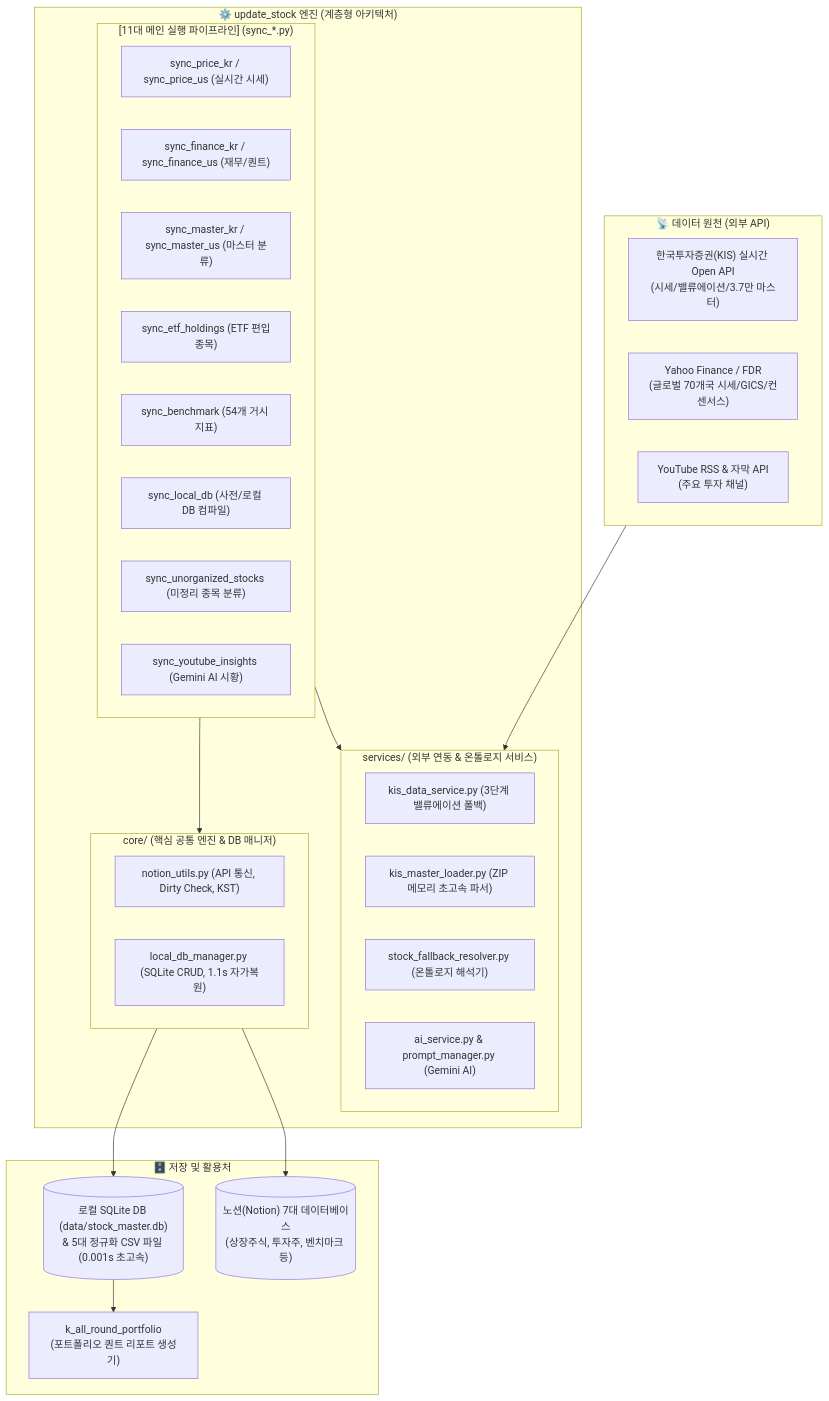
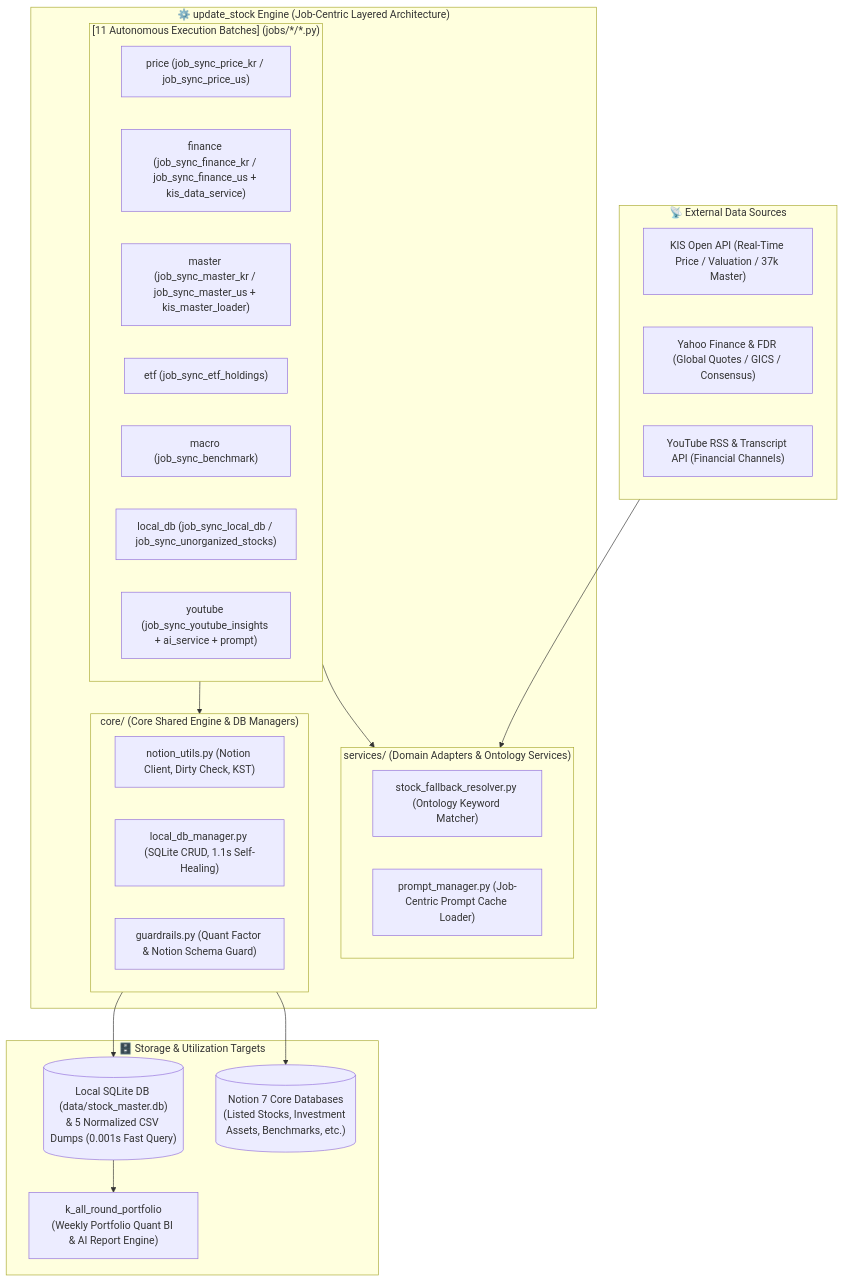
One commit to choigyuyoung-lab/update_stock changed the diagram in docs/DOCUMENTATION.md. Above: the diagram before and after it, drawn with Mermaid. The commit also changed other lines of this file and 8 other files, not shown here.

````diff
--- a/docs/DOCUMENTATION.md
+++ b/docs/DOCUMENTATION.md
@@ -10,46 +19,44 @@
 ```mermaid
 flowchart TD
-    subgraph Data_Sources["📡 데이터 원천 (외부 API)"]
-        S1["한국투자증권(KIS) 실시간 Open API\n(시세/밸류에이션/3.7만 마스터)"]
-        S2["Yahoo Finance / FDR\n(글로벌 70개국 시세/GICS/컨센서스)"]
-        S3["YouTube RSS & 자막 API\n(주요 투자 채널)"]
+    subgraph Data_Sources["📡 External Data Sources"]
+        S1["KIS Open API (Real-Time Price / Valuation / 37k Master)"]
+        S2["Yahoo Finance & FDR (Global Quotes / GICS / Consensus)"]
+        S3["YouTube RSS & Transcript API (Financial Channels)"]
     end
 
-    subgraph Core_Engine["⚙️ update_stock 엔진 (계층형 아키텍처)"]
-        subgraph Pipelines["[11대 메인 실행 파이프라인] (sync_*.py)"]
-            P1["sync_price_kr / sync_price_us (실시간 시세)"]
-            P2["sync_finance_kr / sync_finance_us (재무/퀀트)"]
-            P3["sync_master_kr / sync_master_us (마스터 분류)"]
-            P4["sync_etf_holdings (ETF 편입종목)"]
-            P5["sync_benchmark (54개 거시 지표)"]
-            P6["sync_local_db (사전/로컬 DB 컴파일)"]
-            P7["sync_unorganized_stocks (미정리 종목 분류)"]
-            P8["sync_youtube_insights (Gemini AI 시황)"]
+    subgraph Core_Engine["⚙️ update_stock Engine (Job-Centric Layered Architecture)"]
+        subgraph Pipelines["[11 Autonomous Execution Batches] (jobs/*/*.py)"]
+            P1["price (job_sync_price_kr / job_sync_price_us)"]
+            P2["finance (job_sync_finance_kr / job_sync_finance_us + kis_data_service)"]
+            P3["master (job_sync_master_kr / job_sync_master_us + kis_master_loader)"]
+            P4["etf (job_sync_etf_holdings)"]
+            P5["macro (job_sync_benchmark)"]
+            P6["local_db (job_sync_local_db / job_sync_unorganized_stocks)"]
+            P7["youtube (job_sync_youtube_insights + ai_service + prompt)"]
         end
 
-        subgraph Services_Layer["services/ (외부 연동 & 온톨로지 서비스)"]
-            SRV1["kis_data_service.py (3단계 밸류에이션 폴백)"]
-            SRV2["kis_master_loader.py (ZIP 메모리 초고속 파서)"]
-            SRV3["stock_fallback_resolver.py (온톨로지 해석기)"]
-            SRV4["ai_service.py & prompt_manager.py (Gemini AI)"]
+        subgraph Services_Layer["services/ (Domain Adapters & Ontology Services)"]
+            SRV1["stock_fallback_resolver.py (Ontology Keyword Matcher)"]
+            SRV2["prompt_manager.py (Job-Centric Prompt Cache Loader)"]
         end
 
-        subgraph Core_Layer["core/ (핵심 공통 엔진 & DB 매니저)"]
-            COR1["notion_utils.py (API 통신, Dirty Check, KST)"]
-            COR2["local_db_manager.py (SQLite CRUD, 1.1s 자가복원)"]
+        subgraph Core_Layer["core/ (Core Shared Engine & DB Managers)"]
+            COR1["notion_utils.py (Notion Client, Dirty Check, KST)"]
+            COR2["local_db_manager.py (SQLite CRUD, 1.1s Self-Healing)"]
+            COR3["guardrails.py (Quant Factor & Notion Schema Guard)"]
         end
     end
 
-    subgraph Storage_Targets["🗄️ 저장 및 활용처"]
-        DB1[("로컬 SQLite DB (data/stock_master.db)\n& 5대 정규화 CSV 파일 (0.001s 초고속)")]
-        DB2[("노션(Notion) 7대 데이터베이스\n(상장주식, 투자주, 벤치마크 등)")]
-        DB3["k_all_round_portfolio\n(포트폴리오 퀀트 리포트 생성기)"]
+    subgraph Storage_Targets["🗄️ Storage & Utilization Targets"]
+        DB1[("Local SQLite DB (data/stock_master.db)\n& 5 Normalized CSV Dumps (0.001s Fast Query)")]
+        DB2[("Notion 7 Core Databases\n(Listed Stocks, Investment Assets, Benchmarks, etc.)")]
+        DB3["k_all_round_portfolio\n(Weekly Portfolio Quant BI & AI Report Engine)"]
     end
 
     Data_Sources --> Services_Layer
     Pipelines --> Services_Layer
     Pipelines --> Core_Layer
     Core_Layer --> DB1
     Core_Layer --> DB2
     DB1 --> DB3
 ```
````
